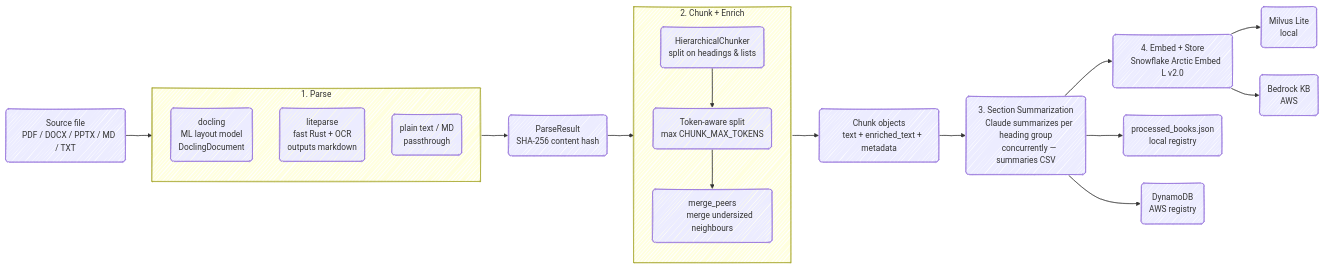
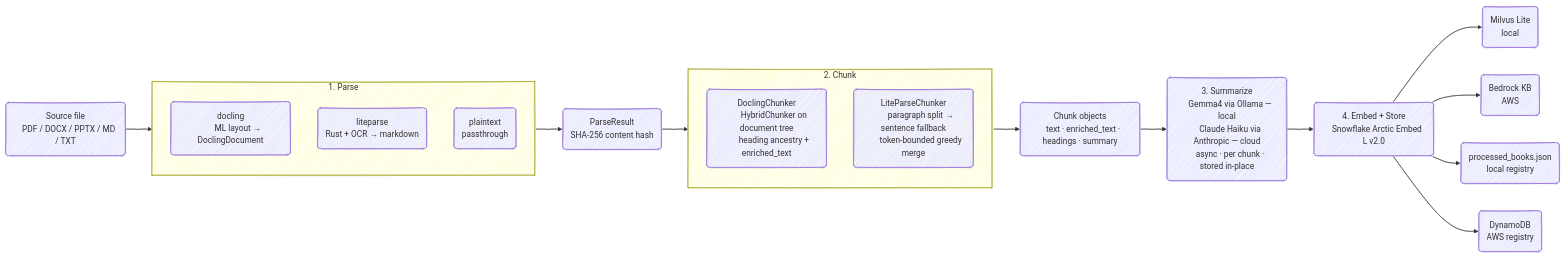
Before and after one commit to ryq99/search-anything: the diagram in README.md, drawn with Mermaid. The commit also changed other lines of this file, not shown here.

First line of the commit message:
Update README: concise rewrite, updated indexing mermaid diagram (#38)

````diff
--- a/README.md
+++ b/README.md
@@ -36,57 +32,53 @@
 ```mermaid
 %%{init: {'look': 'handDrawn'}}%%
 flowchart LR
     A("Source file
     PDF / DOCX / PPTX / MD / TXT")
 
     subgraph B["1. Parse"]
         direction TB
         B1("docling
-        ML layout model
-        DoclingDocument")
+        ML layout → DoclingDocument")
         B2("liteparse
-        fast Rust + OCR
-        outputs markdown")
-        B3("plain text / MD
+        Rust + OCR → markdown")
+        B3("plaintext
         passthrough")
     end
 
     C("ParseResult
     SHA-256 content hash")
 
-    subgraph D["2. Chunk + Enrich"]
+    subgraph D["2. Chunk"]
         direction TB
-        D1("HierarchicalChunker
-        split on headings & lists")
-        D2("Token-aware split
-        max CHUNK_MAX_TOKENS")
-        D3("merge_peers
-        merge undersized neighbours")
-        D1 --> D2 --> D3
+        D1("DoclingChunker
+        HybridChunker on document tree
+        heading ancestry + enriched_text")
+        D2("LiteParseChunker
+        paragraph split → sentence fallback
+        token-bounded greedy merge")
     end
 
     E("Chunk objects
-    text + enriched_text + metadata")
+    text · enriched_text · headings · summary")
 
-    F("3. Section Summarization
-    Claude summarizes per heading group
-    concurrently — summaries CSV")
+    F("3. Summarize
+    Gemma4 via Ollama — local
+    Claude Haiku via Anthropic — cloud
+    async · per chunk · stored in-place")
 
     G("4. Embed + Store
     Snowflake Arctic Embed L v2.0")
 
     H1("Milvus Lite
     local")
     H2("Bedrock KB
     AWS")
     I1("processed_books.json
     local registry")
     I2("DynamoDB
     AWS registry")
 
     A --> B --> C --> D --> E --> F --> G
-    G --> H1
-    G --> H2
-    F --> I1
-    F --> I2
+    G --> H1 & H2
+    G --> I1 & I2
 ```
````
